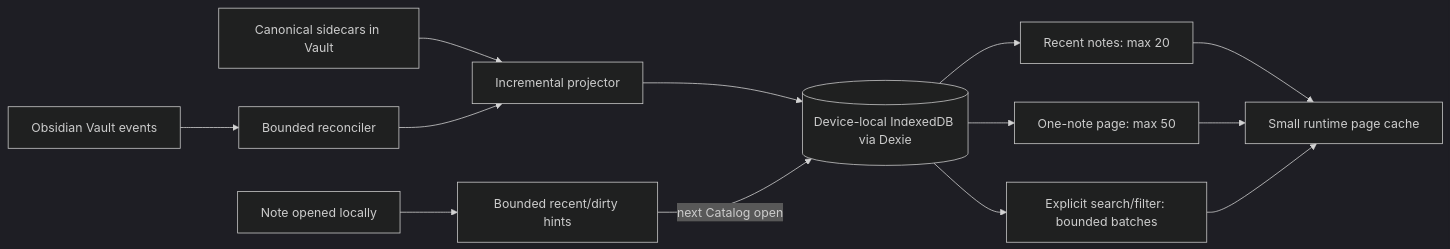
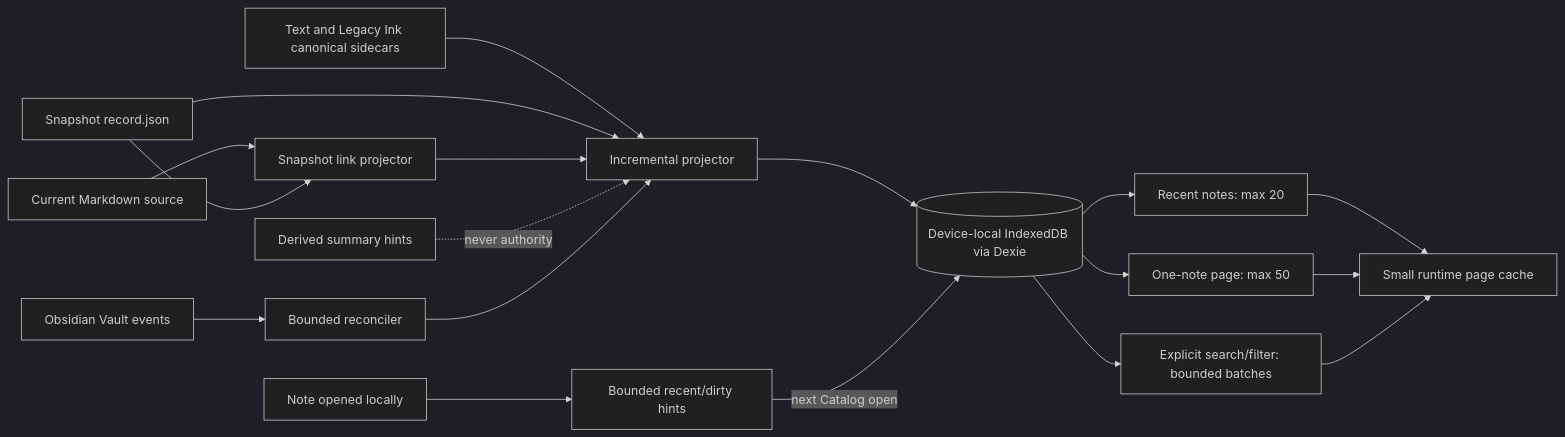
Before and after one commit to ivan-94/obsidian-plugin-ink-annotation: the diagram in docs/specs/2026-07-19-entire-vault-demand-bounded-index.md, drawn with Mermaid (dark theme). The commit also changed other lines of this file and 38 other files, not shown here.

Commit message:
feat: add bounded vault catalog and source projection spec

````diff
--- a/docs/specs/2026-07-19-entire-vault-demand-bounded-index.md
+++ b/docs/specs/2026-07-19-entire-vault-demand-bounded-index.md
@@ -46,15 +64,20 @@
 ```mermaid
 flowchart LR
-    C["Canonical sidecars in Vault"] --> P["Incremental projector"]
+    T["Text and Legacy Ink canonical sidecars"] --> P["Incremental projector"]
+    SNAP["Snapshot record.json"] --> P
+    MD["Current Markdown source"] --> LINK["Snapshot link projector"]
+    SNAP --> LINK
+    LINK --> P
+    SUM["Derived summary hints"] -. "never authority" .-> P
     V["Obsidian Vault events"] --> R["Bounded reconciler"]
     R --> P
-    P --> D[("Device-local IndexedDB via Dexie")]
-    O["Note opened locally"] --> H["Bounded recent/dirty hints"]
-    H -->|"next Catalog open"| D
-    D --> N["Recent notes: max 20"]
-    D --> E["One-note page: max 50"]
-    D --> S["Explicit search/filter: bounded batches"]
-    N --> M["Small runtime page cache"]
-    E --> M
-    S --> M
+    P --> DB[("Device-local IndexedDB via Dexie")]
+    O["Note opened locally"] --> HINT["Bounded recent/dirty hints"]
+    HINT -->|"next Catalog open"| DB
+    DB --> N["Recent notes: max 20"]
+    DB --> E["One-note page: max 50"]
+    DB --> Q["Explicit search/filter: bounded batches"]
+    N --> CACHE["Small runtime page cache"]
+    E --> CACHE
+    Q --> CACHE
 ```
````
